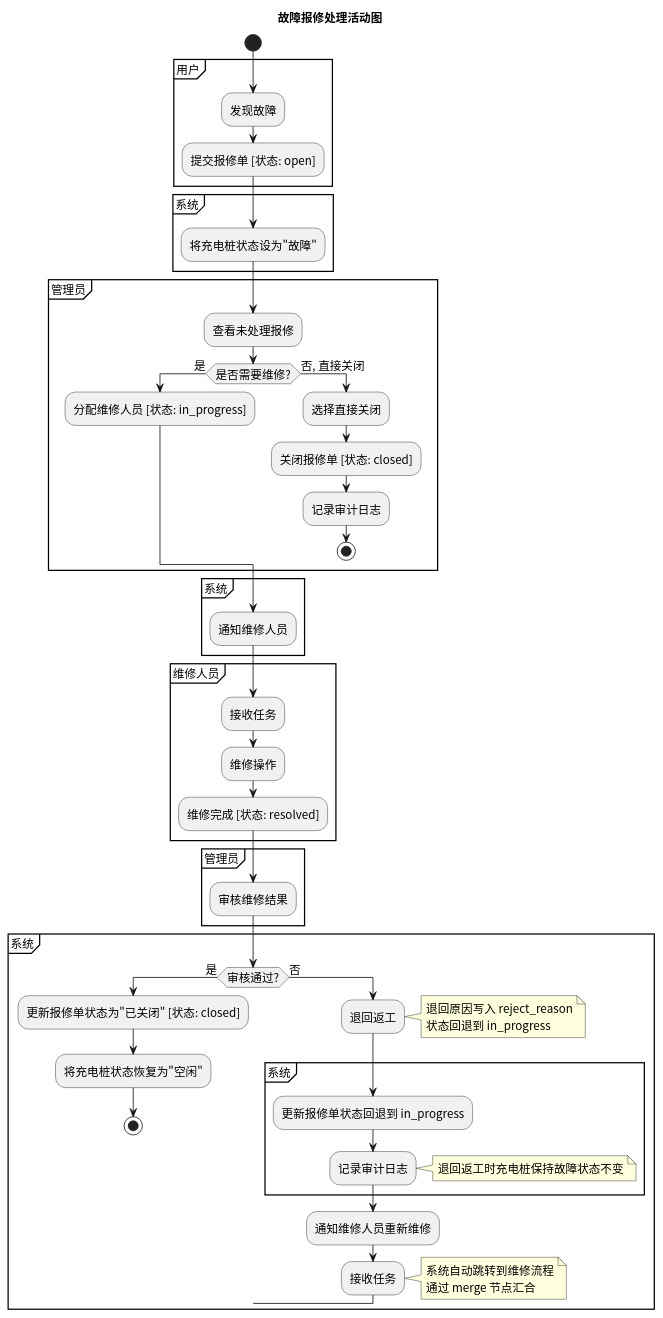
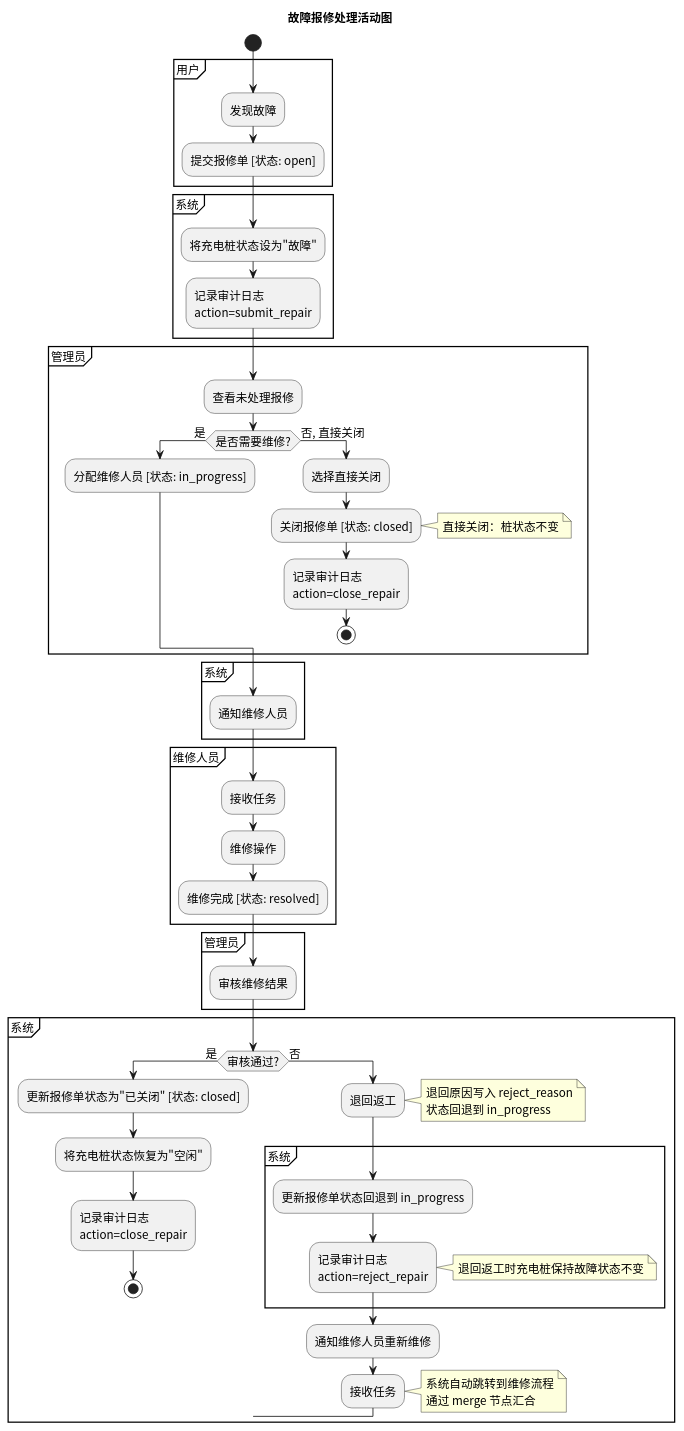
One commit to greenhandzdl/charging-station-doc changed the diagram in activity/src/activity_repair.puml. Above: the diagram before and after it, drawn with PlantUML. The commit also changed 17 other files, not shown here.

First line of the commit message:
fix: 第16轮评估修复 — 注解补全/方法签名对齐/活动图审计日志/安全文档完善

```diff
--- a/activity/src/activity_repair.puml
+++ b/activity/src/activity_repair.puml
@@ -1,61 +1,64 @@
 @startuml
 skinparam defaultFontName "Noto Sans CJK SC"
 skinparam defaultFontSize 14
 title 故障报修处理活动图
 start
 
 partition "用户" {
   :发现故障;
   :提交报修单 [状态: open];
 }
 
 partition "系统" {
   :将充电桩状态设为"故障";
+  :记录审计日志\naction=submit_repair;
 }
 
 partition "管理员" {
   :查看未处理报修;
   if (是否需要维修?) then (是)
     :分配维修人员 [状态: in_progress];
   else (否, 直接关闭)
     :选择直接关闭;
     :关闭报修单 [状态: closed];
-    :记录审计日志;
+    note right: 直接关闭：桩状态不变
+    :记录审计日志\naction=close_repair;
     stop
   endif
 }
 
 partition "系统" {
   :通知维修人员;
 }
 
 partition "维修人员" {
   :接收任务;
   :维修操作;
   :维修完成 [状态: resolved];
 }
 
 partition "管理员" {
   :审核维修结果;
 }
 
 partition "系统" {
   if (审核通过?) then (是)
     :更新报修单状态为"已关闭" [状态: closed];
     :将充电桩状态恢复为"空闲";
+    :记录审计日志\naction=close_repair;
     stop
   else (否)
     :退回返工;
     note right: 退回原因写入 reject_reason\n状态回退到 in_progress
     partition "系统" {
       :更新报修单状态回退到 in_progress;
-      :记录审计日志;
+      :记录审计日志\naction=reject_repair;
       note right: 退回返工时充电桩保持故障状态不变
     }
     :通知维修人员重新维修;
     :接收任务;
     note right: 系统自动跳转到维修流程\n通过 merge 节点汇合
   endif
 }
 
 @enduml
```
